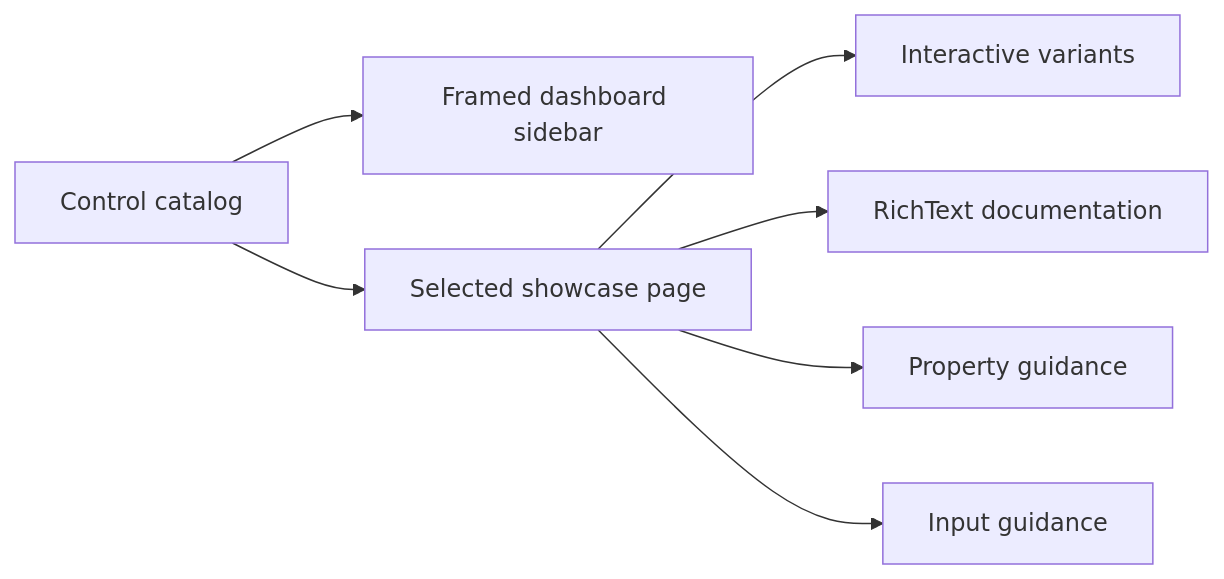
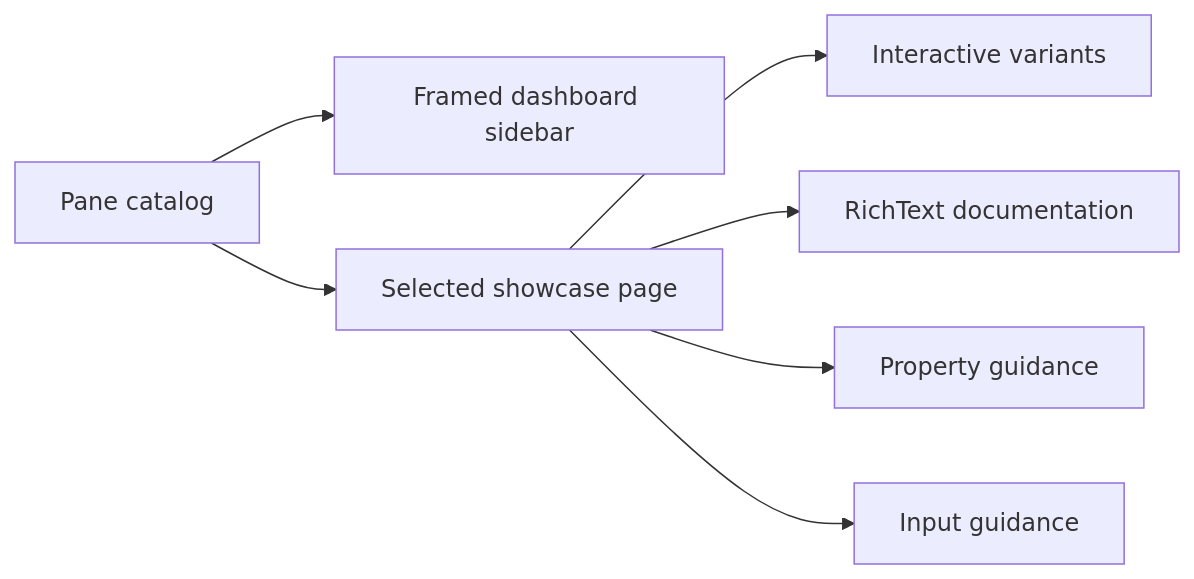
Before and after one commit to pavkam/sharp-vision: the diagram in docs/architecture/showcase.md, drawn with Mermaid. The commit also changed other lines of this file and 85 other files, not shown here.

````diff
--- a/docs/architecture/showcase.md
+++ b/docs/architecture/showcase.md
@@ -8,9 +8,9 @@
 ```mermaid
 flowchart LR
-    Catalog["Control catalog"] --> Sidebar["Framed dashboard sidebar"]
-    Catalog --> Page["Selected showcase page"]
+    PaneCatalog["Pane catalog"] --> Sidebar["Framed dashboard sidebar"]
+    PaneCatalog --> Page["Selected showcase page"]
     Page --> Variants["Interactive variants"]
     Page --> RichText["RichText documentation"]
     Page --> Properties["Property guidance"]
     Page --> Interaction["Input guidance"]
 ```
````
